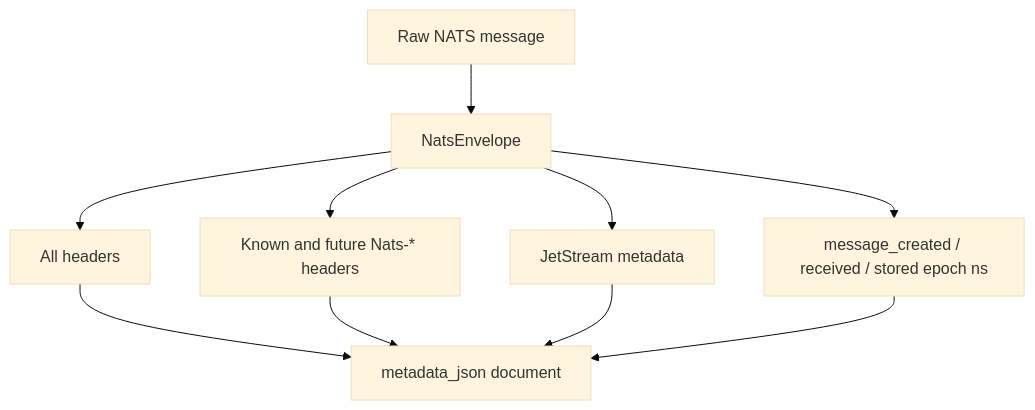
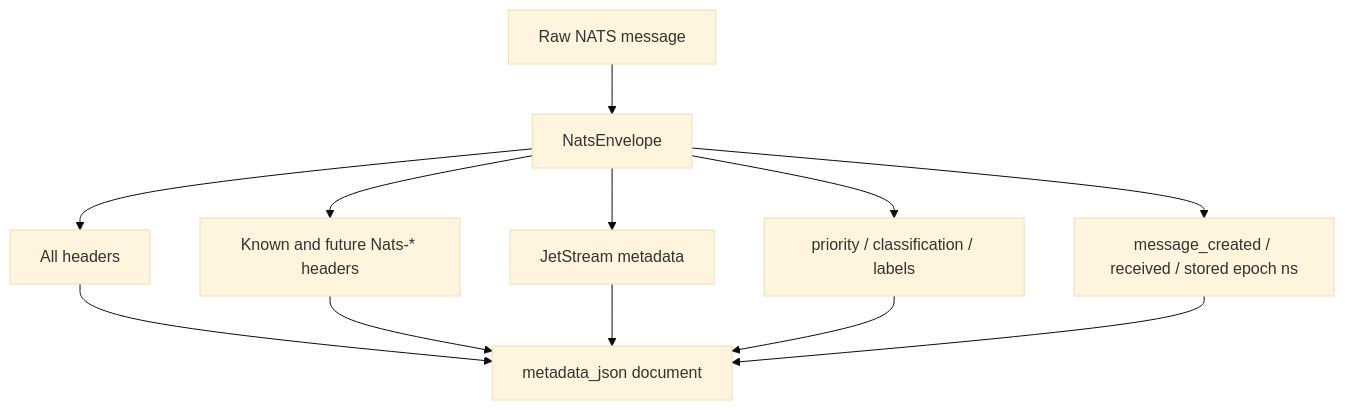
The fourth of 5 diagrams in docs/sink-framework.md (ProjectCuillin/nats-sinks), drawn with Mermaid (base theme) before and after one commit. The commit also changed other lines of this file and 80 other files, not shown here.

````diff
--- a/docs/sink-framework.md
+++ b/docs/sink-framework.md
@@ -144,12 +192,14 @@
 ```mermaid
 flowchart TD
     Raw[Raw NATS message] --> Env[NatsEnvelope]
     Env --> Headers[All headers]
     Env --> Reserved[Known and future Nats-* headers]
     Env --> JS[JetStream metadata]
+    Env --> AppMeta[priority / classification / labels]
     Env --> Time[message_created / received / stored epoch ns]
     Headers --> Doc[metadata_json document]
     Reserved --> Doc
     JS --> Doc
+    AppMeta --> Doc
     Time --> Doc
 ```
````
